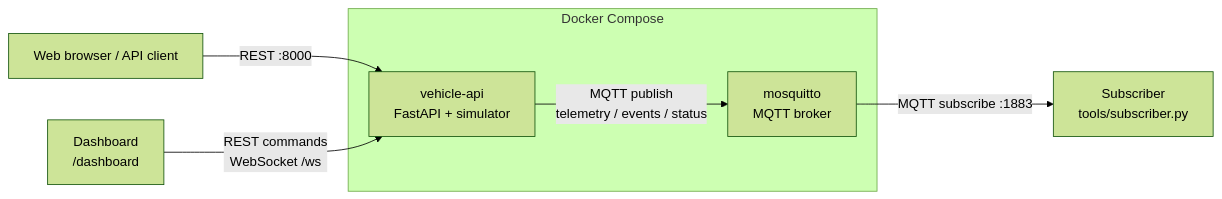
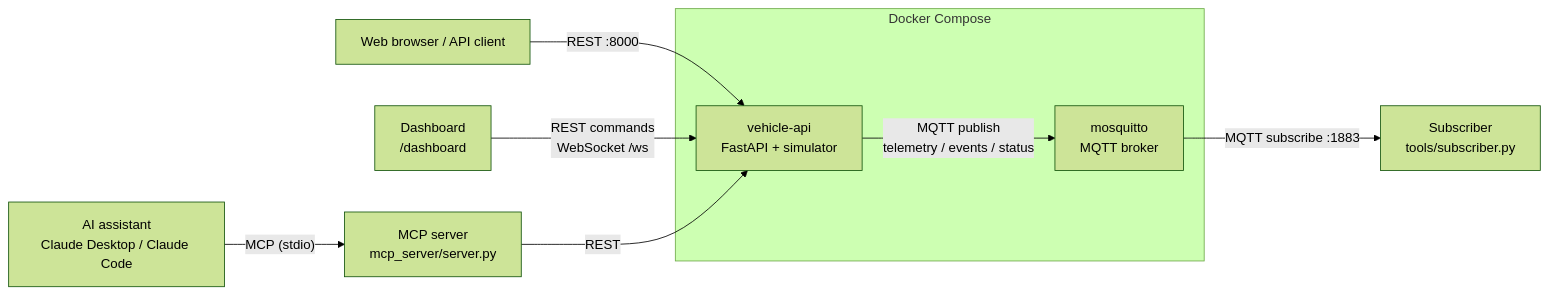
The diagram in README.md (naosyke/vehicle-api-simulator), drawn with Mermaid (forest theme) before and after one commit. The commit also changed other lines of this file and 13 other files, not shown here.

First line of the commit message:
Add MCP server so AI assistants can read and control the vehicle

````diff
--- a/README.md
+++ b/README.md
@@ -20,16 +20,20 @@
 ```mermaid
 flowchart LR
     browser["Web browser / API client"]
     dashboard["Dashboard<br/>/dashboard"]
     subscriber["Subscriber<br/>tools/subscriber.py"]
+    ai["AI assistant<br/>Claude Desktop / Claude Code"]
+    mcp["MCP server<br/>mcp_server/server.py"]
 
     subgraph compose["Docker Compose"]
         api["vehicle-api<br/>FastAPI + simulator"]
         broker["mosquitto<br/>MQTT broker"]
     end
 
     browser -- "REST :8000" --> api
     dashboard -- "REST commands<br/>WebSocket /ws" --> api
+    ai -- "MCP (stdio)" --> mcp
+    mcp -- "REST" --> api
     api -- "MQTT publish<br/>telemetry / events / status" --> broker
     broker -- "MQTT subscribe :1883" --> subscriber
 ```
````
